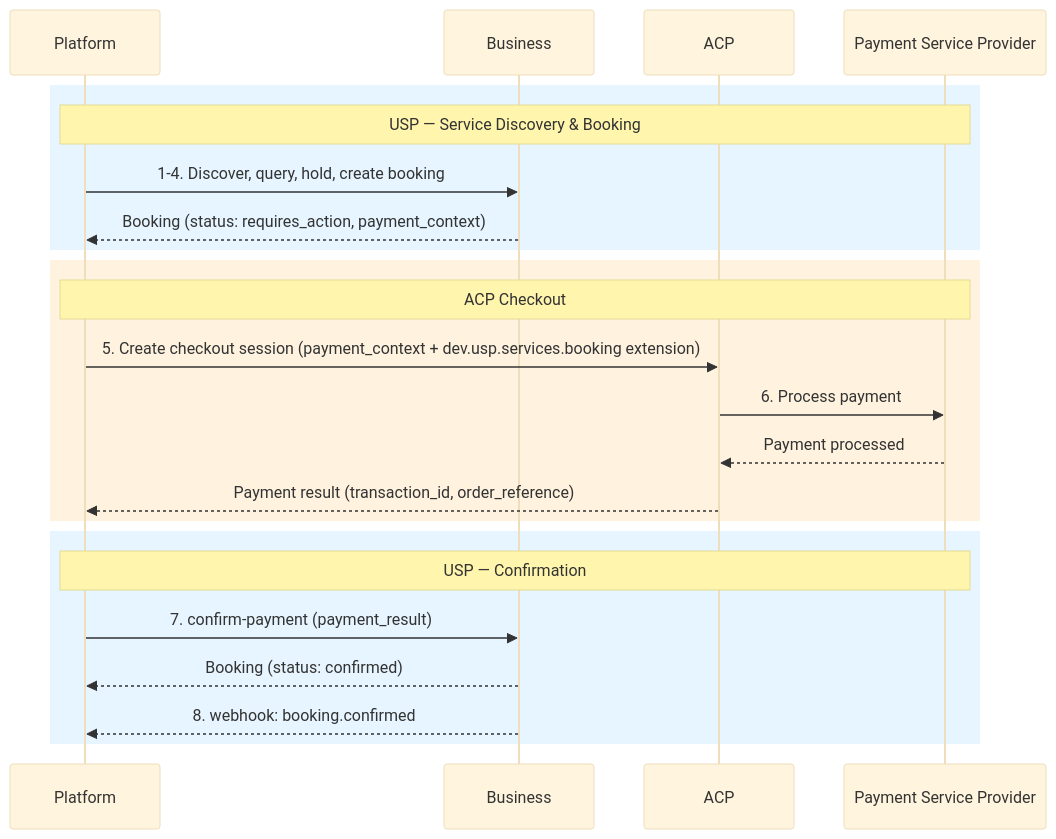
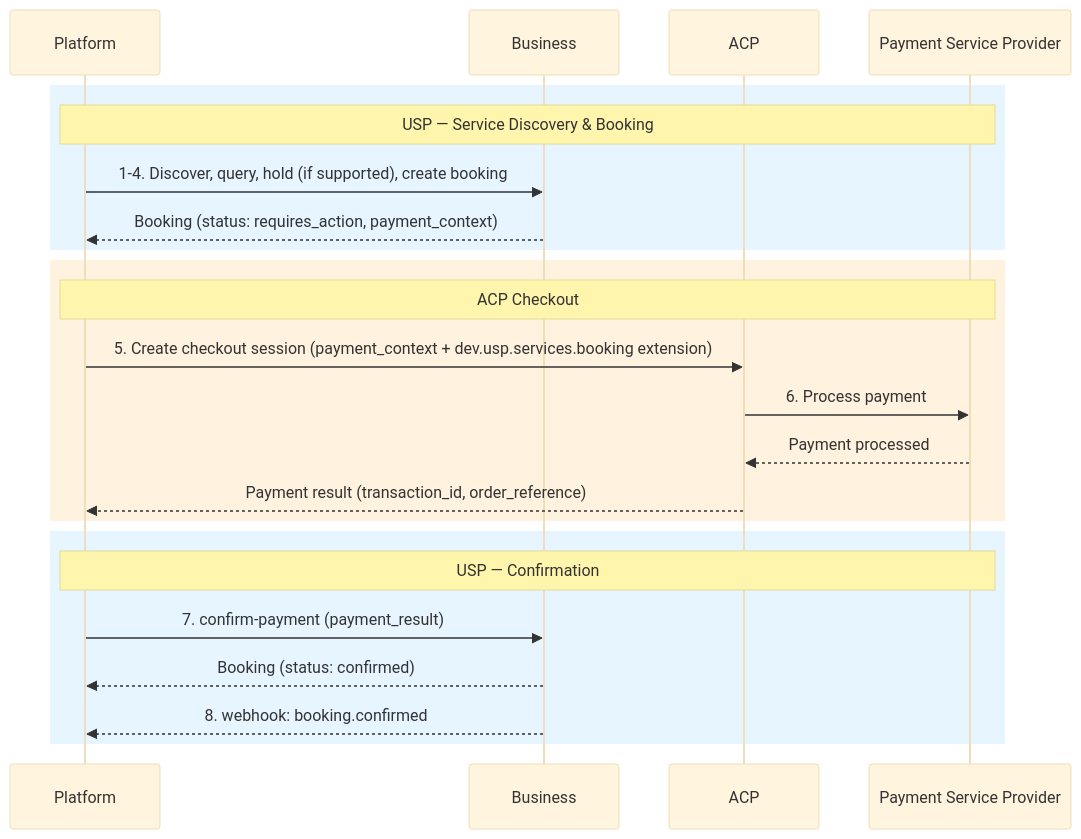
Before and after one commit to wix/universal-scheduling-protocol: the ninth of 9 diagrams in specification.md, drawn with Mermaid (base theme). The commit also changed other lines of this file and 4 other files, not shown here.

````diff
--- a/specification.md
+++ b/specification.md
@@ -2402,28 +2469,28 @@
 ```mermaid
 sequenceDiagram
     participant P as Platform
     participant B as Business
     participant ACP as ACP
     participant PSP as Payment Service Provider
 
     rect rgb(230, 245, 255)
     Note over P,PSP: USP — Service Discovery & Booking
-    P->>B: 1-4. Discover, query, hold, create booking
+    P->>B: 1-4. Discover, query, hold (if supported), create booking
     B-->>P: Booking (status: requires_action, payment_context)
     end
 
     rect rgb(255, 243, 224)
     Note over P,PSP: ACP Checkout
     P->>ACP: 5. Create checkout session (payment_context + dev.usp.services.booking extension)
     ACP->>PSP: 6. Process payment
     PSP-->>ACP: Payment processed
     ACP-->>P: Payment result (transaction_id, order_reference)
     end
 
     rect rgb(230, 245, 255)
     Note over P,PSP: USP — Confirmation
     P->>B: 7. confirm-payment (payment_result)
     B-->>P: Booking (status: confirmed)
     B-->>P: 8. webhook: booking.confirmed
     end
 ```
````
